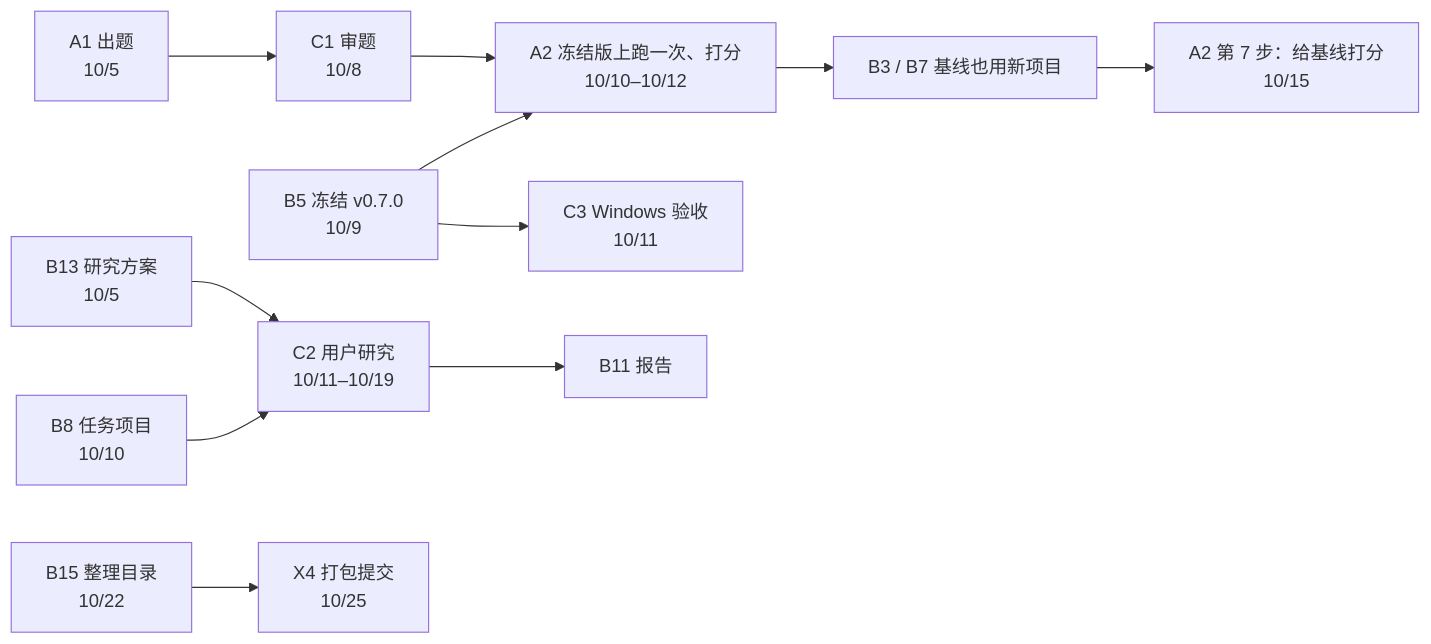
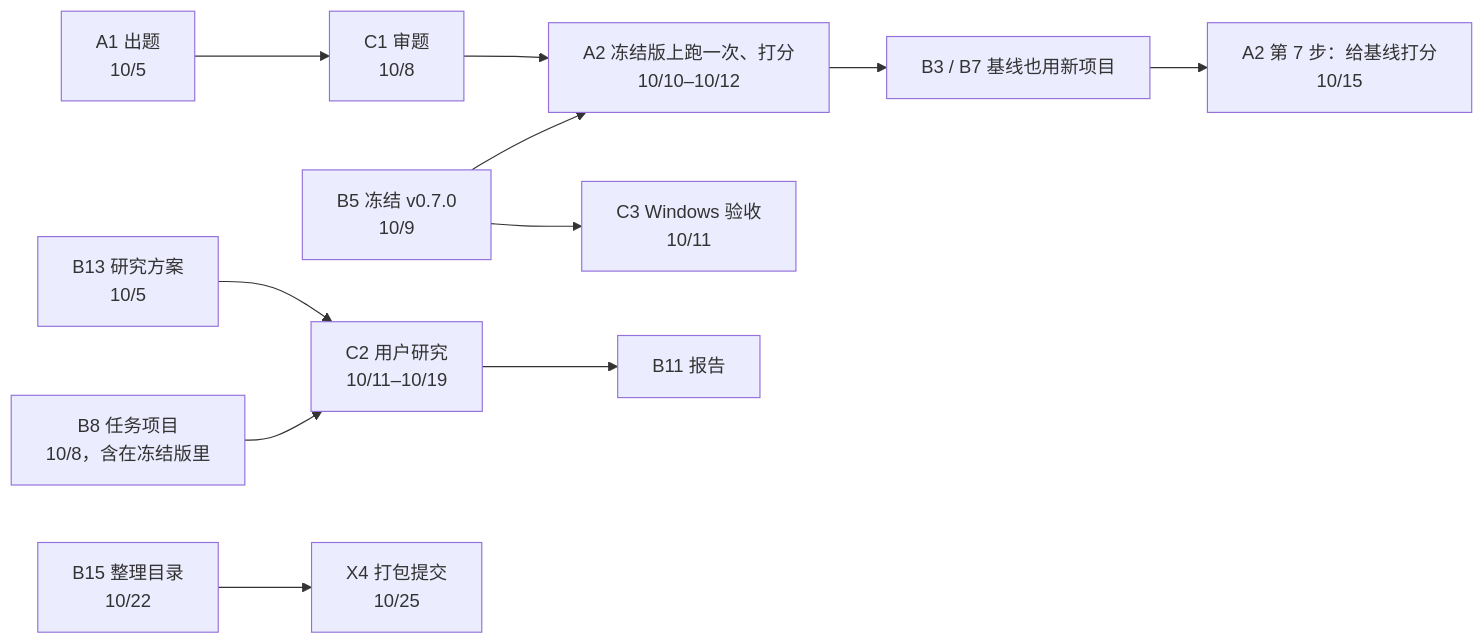
Before and after one commit to ZihangHe13123/FixFirst: the diagram in docs/tasks/README.md, drawn with Mermaid. The commit also changed other lines of this file and 5 other files, not shown here.

````diff
--- a/docs/tasks/README.md
+++ b/docs/tasks/README.md
@@ -74,10 +74,10 @@
 ```mermaid
 flowchart LR
   A1["A1 出题<br/>10/5"] --> C1["C1 审题<br/>10/8"] --> A2["A2 冻结版上跑一次、打分<br/>10/10–10/12"]
   B5["B5 冻结 v0.7.0<br/>10/9"] --> A2
   A2 --> B3["B3 / B7 基线也用新项目"] --> A2s["A2 第 7 步：给基线打分<br/>10/15"]
   B13["B13 研究方案<br/>10/5"] --> C2["C2 用户研究<br/>10/11–10/19"]
-  B8["B8 任务项目<br/>10/10"] --> C2 --> B11["B11 报告"]
+  B8["B8 任务项目<br/>10/8，含在冻结版里"] --> C2 --> B11["B11 报告"]
   B5 --> C3["C3 Windows 验收<br/>10/11"]
   B15["B15 整理目录<br/>10/22"] --> X4["X4 打包提交<br/>10/25"]
 ```
````
